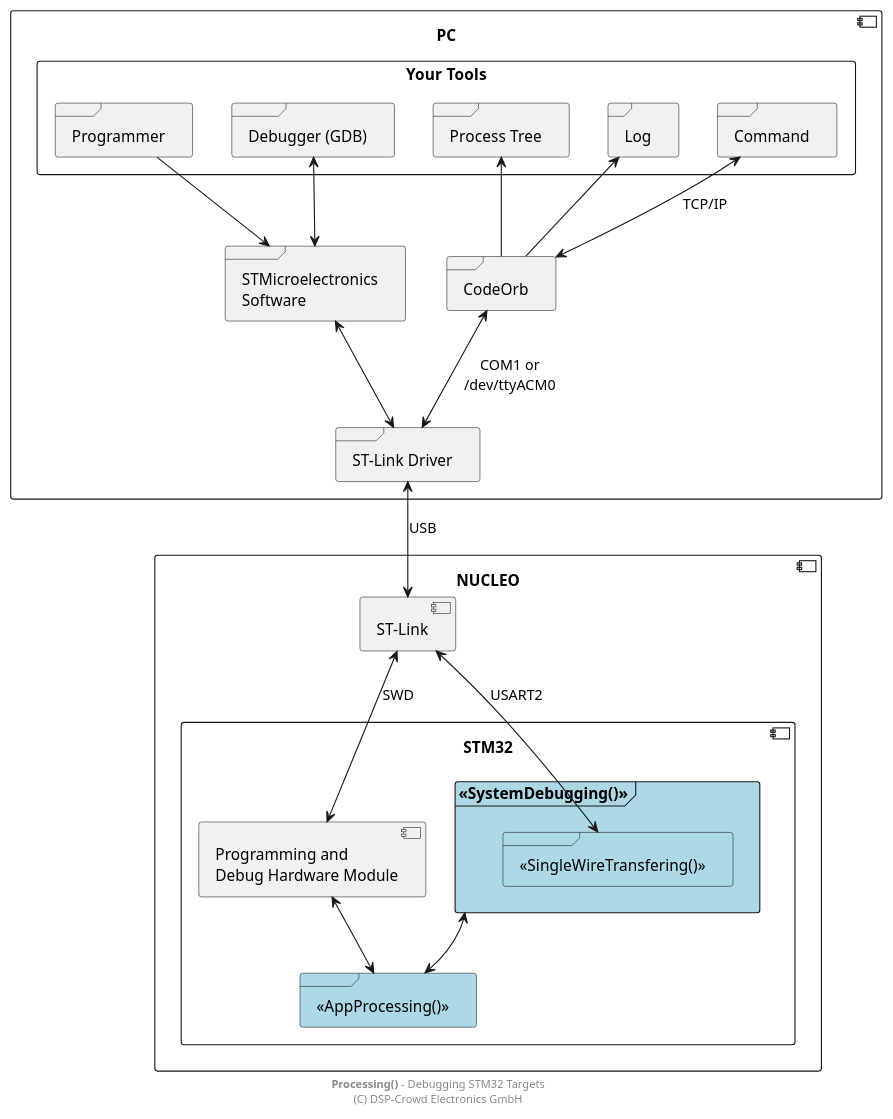
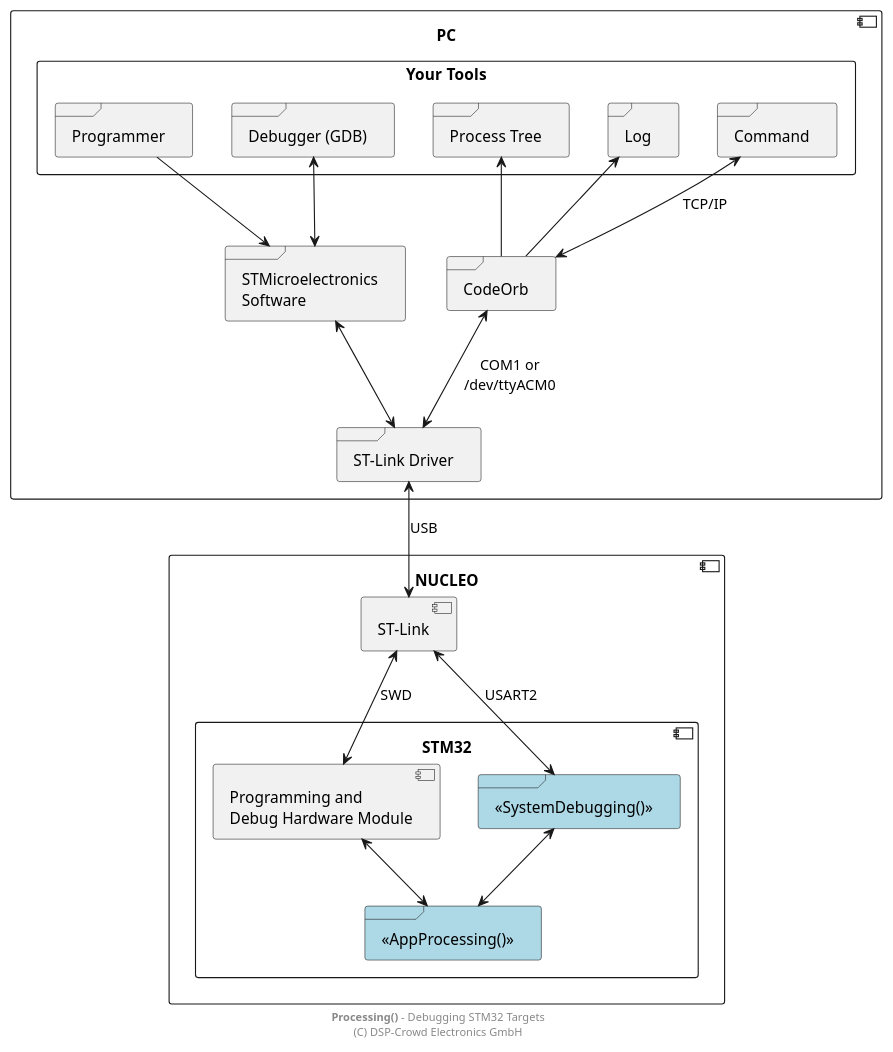
The diagram in doc/system/stm32-uart_3.pu (NoOrientationProgramming/hello-world-stm32), drawn with PlantUML before and after one commit. The commit also changed 2 other files, not shown here.

```diff
--- a/doc/system/stm32-uart_3.pu
+++ b/doc/system/stm32-uart_3.pu
@@ -2,64 +2,64 @@
 @startuml
 
 ' skinparam linetype ortho
 ' scale 0.6
 
 component PC as pPc {
 
 	rectangle "Your Tools" as pTools {
 
 		frame "Programmer" as pProg
 		frame "Debugger (GDB)" as pDbg
 
 		frame "Process Tree" as pTree
 		frame "Log" as pLog
 		frame "Command" as pCmd
 		' frame "Custom\nChannels" as pCustom
 	}
 
 	frame "CodeOrb" as pGw
 	frame "STMicroelectronics\nSoftware" as pStSw
 
 	frame "ST-Link Driver" as pDrv
 
 	pProg --> pStSw
 	pDbg <--> pStSw
 
 	pTree <-- pGw
 	pLog <-- pGw
 	pCmd <--> pGw : "TCP/IP"
 	' pCustom <--> pGw
 
 	pStSw <--> pDrv
 	pGw <--> pDrv : "COM1 or\n/dev/ttyACM0"
 
 	pStSw -r[hidden]- pGw
 }
 
 component "NUCLEO" as pNuc {
 
 	component "STM32" {
 
 		component "Programming and\nDebug Hardware Module" as pHwDbg
 
 		frame "<<SystemDebugging()>>" as pSysDbg #lightblue {
-			frame "<<SingleWireTransfering()>>" as pSwt #lightblue
+			' frame "<<SingleWireTransfering()>>" as pSwt #lightblue
 		}
 
 		frame "<<AppProcessing()>>" as pApp #lightblue
 
 		pHwDbg <--> pApp
 		pSysDbg <--> pApp
 	}
 
 	component "ST-Link" as pStLink
 
 	pStLink <--> pHwDbg : SWD
-	pStLink <--> pSwt : USART2
+	pStLink <--> pSysDbg : USART2
 }
 
 pDrv <--> pStLink : USB
 
 footer **Processing()** - Debugging STM32 Targets\n(C) DSP-Crowd Electronics GmbH
 
 @enduml
```
